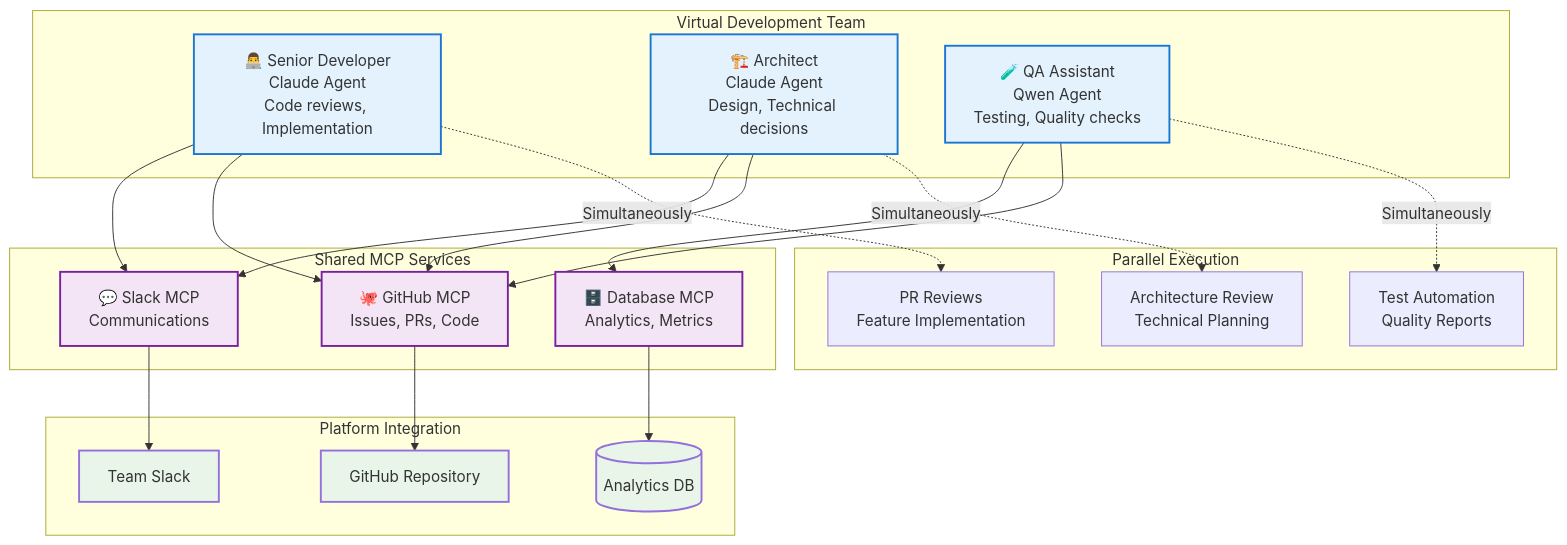
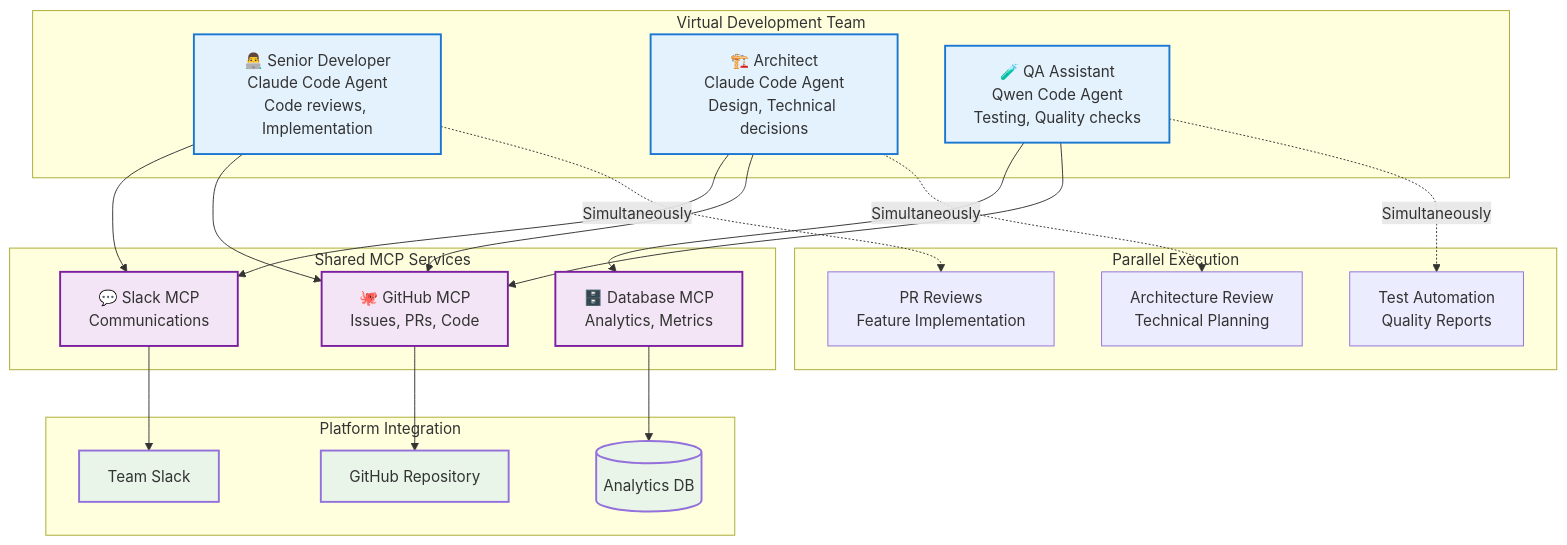
One commit to diazoxide/autoteam changed the first of 5 diagrams in README.md. Above: the diagram before and after it, drawn with Mermaid. The commit also changed other lines of this file, not shown here.

First line of the commit message:
Update AI agent names to specify CLI/Code versions and scalability

````diff
--- a/README.md
+++ b/README.md
@@ -15,46 +15,46 @@
 ```mermaid
 graph TB
     subgraph "Virtual Development Team"
-        SD[👨‍💻 Senior Developer<br/>Claude Agent<br/>Code reviews, Implementation]
-        ARCH[🏗️ Architect<br/>Claude Agent<br/>Design, Technical decisions]
-        QA[🧪 QA Assistant<br/>Qwen Agent<br/>Testing, Quality checks]
+        SD[👨‍💻 Senior Developer<br/>Claude Code Agent<br/>Code reviews, Implementation]
+        ARCH[🏗️ Architect<br/>Claude Code Agent<br/>Design, Technical decisions]
+        QA[🧪 QA Assistant<br/>Qwen Code Agent<br/>Testing, Quality checks]
     end
     
     subgraph "Parallel Execution"
         SD -.->|Simultaneously| FLOW1[PR Reviews<br/>Feature Implementation]
         ARCH -.->|Simultaneously| FLOW2[Architecture Review<br/>Technical Planning]
         QA -.->|Simultaneously| FLOW3[Test Automation<br/>Quality Reports]
     end
     
     subgraph "Shared MCP Services"
         GitHub_MCP[🐙 GitHub MCP<br/>Issues, PRs, Code]
         Slack_MCP[💬 Slack MCP<br/>Communications]
         DB_MCP[🗄️ Database MCP<br/>Analytics, Metrics]
     end
     
     subgraph "Platform Integration"
         GitHub[GitHub Repository]
         Slack[Team Slack]
         Analytics[(Analytics DB)]
     end
     
     SD --> GitHub_MCP
     ARCH --> GitHub_MCP
     QA --> GitHub_MCP
     
     SD --> Slack_MCP
     ARCH --> Slack_MCP
     QA --> DB_MCP
     
     GitHub_MCP --> GitHub
     Slack_MCP --> Slack
     DB_MCP --> Analytics
     
     classDef agent fill:#e3f2fd,stroke:#1976d2,stroke-width:2px
     classDef mcp fill:#f3e5f5,stroke:#7b1fa2,stroke-width:2px
     classDef platform fill:#e8f5e8,stroke-width:2px
     
     class SD,ARCH,QA agent
     class GitHub_MCP,Slack_MCP,DB_MCP mcp
     class GitHub,Slack,Analytics platform
 ```
````
